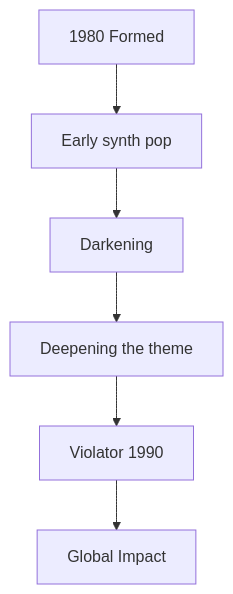
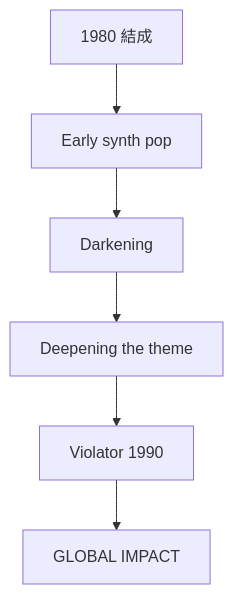
The second of 5 diagrams in en/_posts/2026-07-05-column-depache-mode-human-league.md (monumental-movement/monumental-movement.github.io), drawn with Mermaid before and after one commit. The commit also changed other lines of this file and 851 other files, not shown here.

```diff
--- a/en/_posts/2026-07-05-column-depache-mode-human-league.md
+++ b/en/_posts/2026-07-05-column-depache-mode-human-league.md
@@ -86,8 +86,8 @@
 <div class="mermaid">
 graph TD
-A["1980 Formed"] --> B["Early synth pop"]
+A["1980 結成"] --> B["Early synth pop"]
 B --> C["Darkening"]
 C --> D["Deepening the theme"]
 D --> E["Violator 1990"]
-E --> F["Global Impact"]
+E --> F["GLOBAL IMPACT"]
 </div>
```
